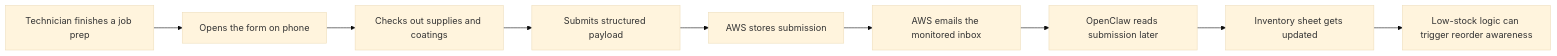
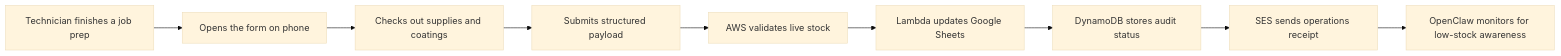
Before and after one commit to iamMichaelSmith/MiracleMethodInventory: the third of 3 diagrams in README.md, drawn with Mermaid (base theme). The commit also changed other lines of this file and 1 other file, not shown here.

Commit message:
Refresh architecture documentation and graphic

````diff
--- a/README.md
+++ b/README.md
@@ -328,11 +373,11 @@
 ```mermaid
 flowchart LR
     A["Technician finishes a job prep"] --> B["Opens the form on phone"]
     B --> C["Checks out supplies and coatings"]
     C --> D["Submits structured payload"]
-    D --> E["AWS stores submission"]
-    E --> F["AWS emails the monitored inbox"]
-    F --> G["OpenClaw reads submission later"]
-    G --> H["Inventory sheet gets updated"]
-    H --> I["Low-stock logic can trigger reorder awareness"]
+    D --> E["AWS validates live stock"]
+    E --> F["Lambda updates Google Sheets"]
+    F --> G["DynamoDB stores audit status"]
+    G --> H["SES sends operations receipt"]
+    H --> I["OpenClaw monitors for low-stock awareness"]
 ```
````
